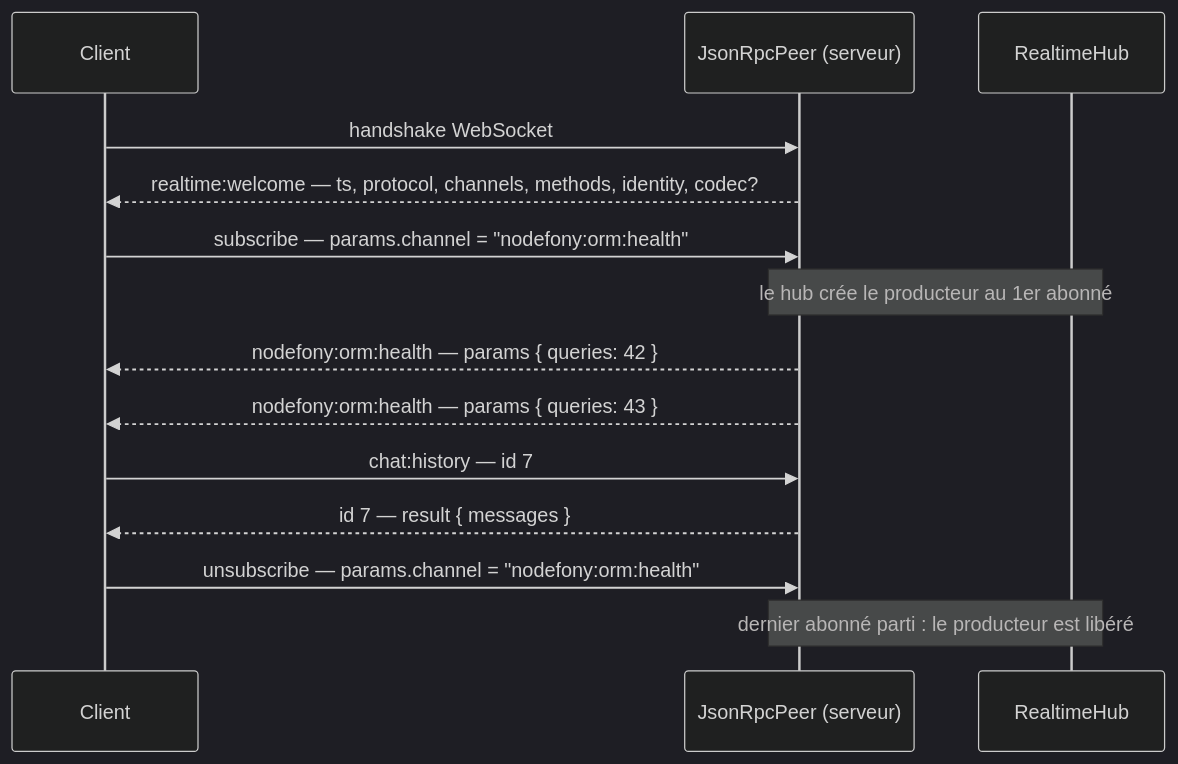
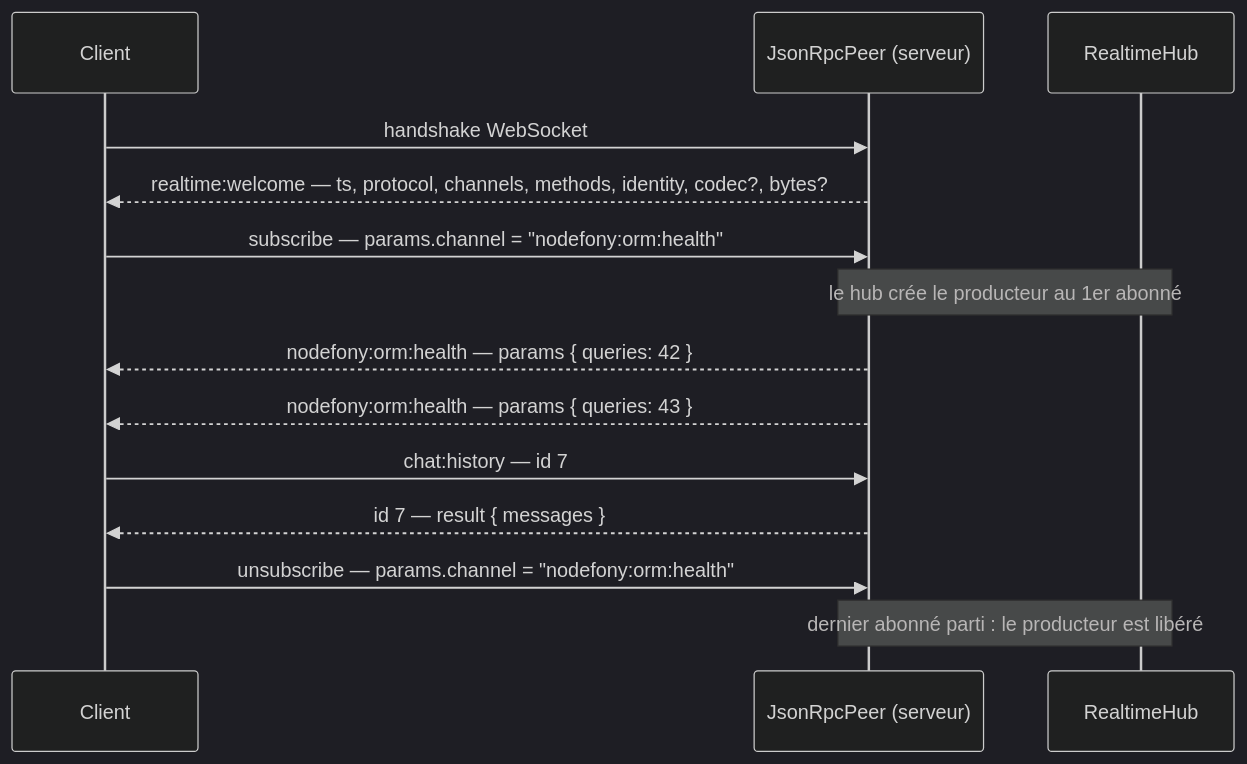
The second of 2 diagrams in src/packages/@nodefony/realtime/docs/protocole.md (nodefony/nodefony-core), drawn with Mermaid (dark theme) before and after one commit. The commit also changed other lines of this file and 8 other files, not shown here.

First line of the commit message:
docs(realtime): l'accueil annonce `bytes`, le serveur choisit son codec (#618)

````diff
--- a/src/packages/@nodefony/realtime/docs/protocole.md
+++ b/src/packages/@nodefony/realtime/docs/protocole.md
@@ -401,16 +406,16 @@
 ```mermaid
 sequenceDiagram
   participant C as Client
   participant P as JsonRpcPeer (serveur)
   participant H as RealtimeHub
   C->>P: handshake WebSocket
-  P-->>C: realtime:welcome — ts, protocol, channels, methods, identity, codec?
+  P-->>C: realtime:welcome — ts, protocol, channels, methods, identity, codec?, bytes?
   C->>P: subscribe — params.channel = "nodefony:orm:health"
   Note over P,H: le hub crée le producteur au 1er abonné
   P-->>C: nodefony:orm:health — params { queries: 42 }
   P-->>C: nodefony:orm:health — params { queries: 43 }
   C->>P: chat:history — id 7
   P-->>C: id 7 — result { messages }
   C->>P: unsubscribe — params.channel = "nodefony:orm:health"
   Note over P,H: dernier abonné parti : le producteur est libéré
 ```
````
